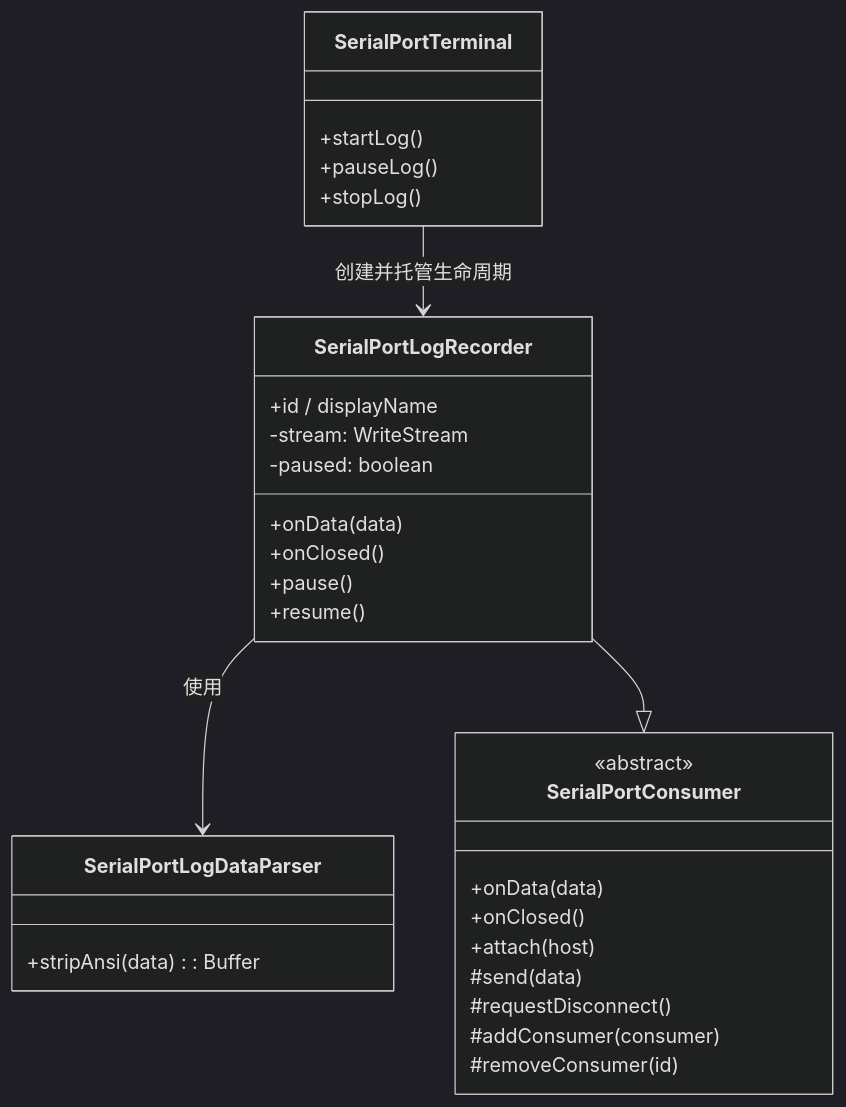
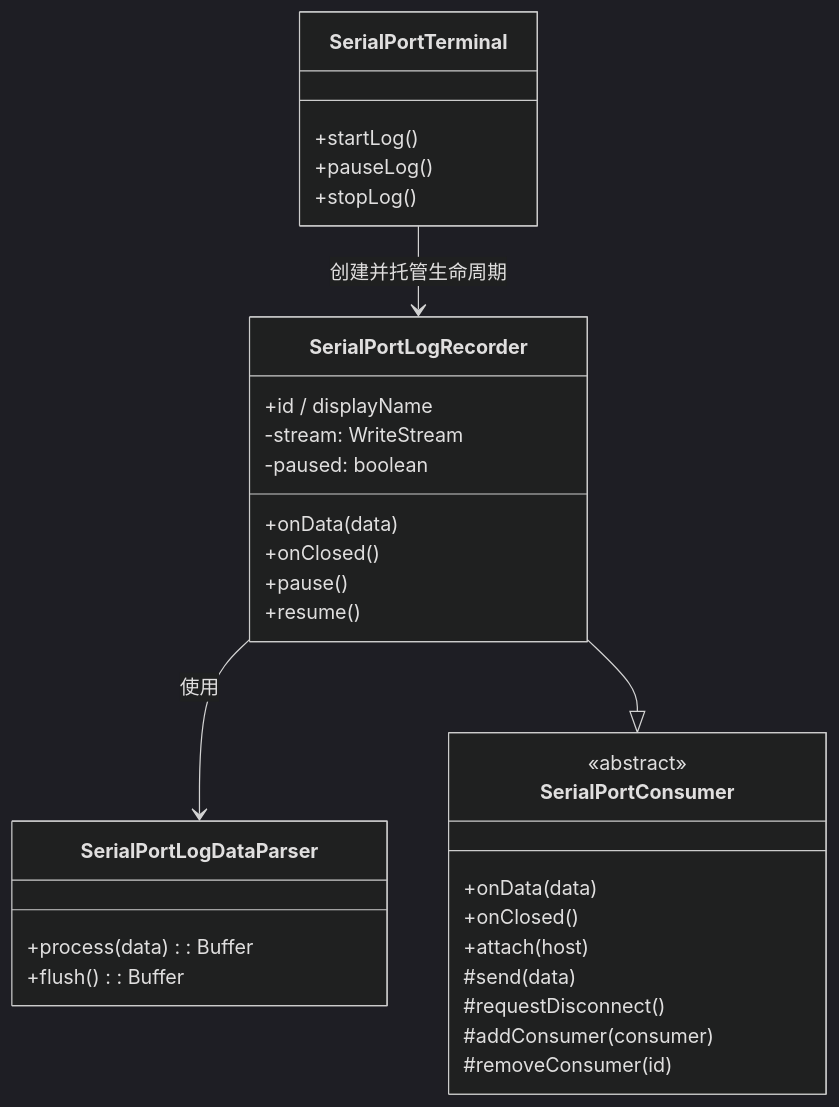
The diagram in doc/SerialPortLogRecorder设计.md (ziqiang-zhu/vscode-serial-port-terminal), drawn with Mermaid (dark theme) before and after one commit. The commit also changed other lines of this file and 9 other files, not shown here.

````diff
--- a/doc/SerialPortLogRecorder设计.md
+++ b/doc/SerialPortLogRecorder设计.md
@@ -144,33 +149,34 @@
 ```mermaid
 classDiagram
     class SerialPortConsumer {
         <<abstract>>
         +onData(data)
         +onClosed()
         +attach(host)
         #send(data)
         #requestDisconnect()
         #addConsumer(consumer)
         #removeConsumer(id)
     }
     class SerialPortLogRecorder {
         +id / displayName
         +onData(data)
         +onClosed()
         +pause()
         +resume()
         -stream: WriteStream
         -paused: boolean
     }
     class SerialPortLogDataParser {
-        +stripAnsi(data): Buffer
+        +process(data): Buffer
+        +flush(): Buffer
     }
     class SerialPortTerminal {
         +startLog()
         +pauseLog()
         +stopLog()
     }
     SerialPortLogRecorder --> SerialPortLogDataParser : 使用
     SerialPortLogRecorder --|> SerialPortConsumer
     SerialPortTerminal --> SerialPortLogRecorder : 创建并托管生命周期
 ```
````
